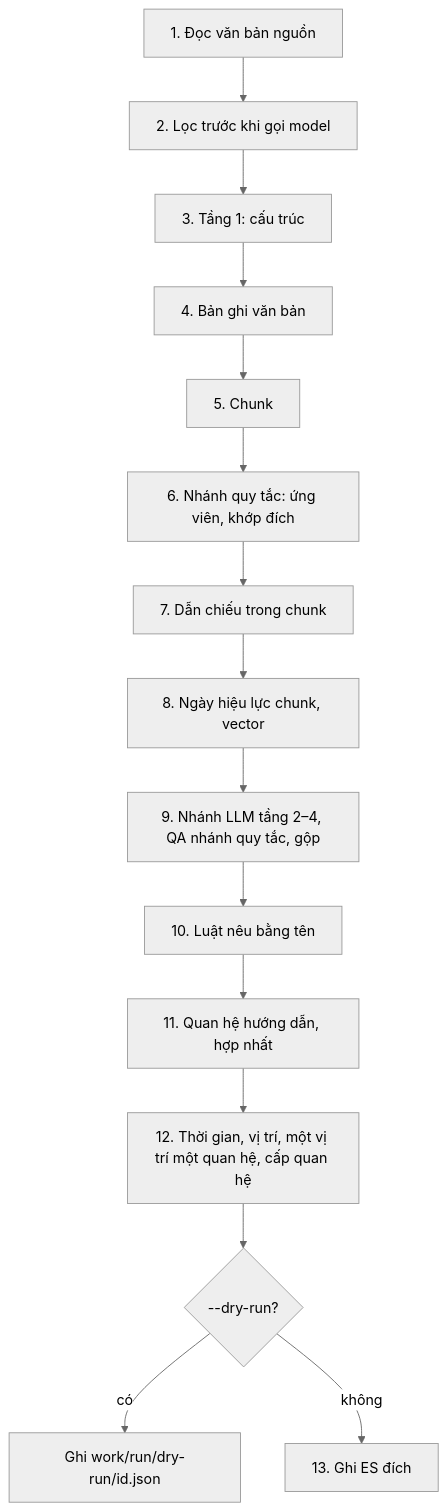
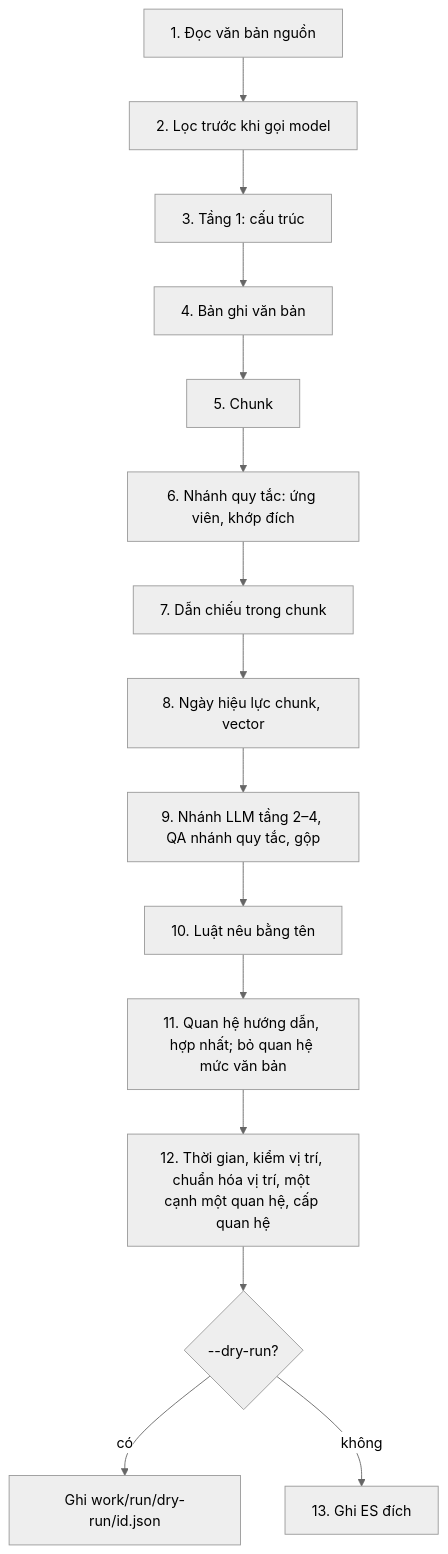
The third of 3 diagrams in docs/02-luong-hoat-dong.md (Vuminhnhat11224897/data_conversion), drawn with Mermaid (neutral theme) before and after one commit. The commit also changed other lines of this file and 16 other files, not shown here.

````diff
--- a/docs/02-luong-hoat-dong.md
+++ b/docs/02-luong-hoat-dong.md
@@ -197,17 +227,17 @@
 ```mermaid
 flowchart TD
   S1["1. Đọc văn bản nguồn"] --> S2["2. Lọc trước khi gọi model"]
   S2 --> S3["3. Tầng 1: cấu trúc"]
   S3 --> S4["4. Bản ghi văn bản"]
   S4 --> S5["5. Chunk"]
   S5 --> S6["6. Nhánh quy tắc: ứng viên, khớp đích"]
   S6 --> S7["7. Dẫn chiếu trong chunk"]
   S7 --> S8["8. Ngày hiệu lực chunk, vector"]
   S8 --> S9["9. Nhánh LLM tầng 2–4, QA nhánh quy tắc, gộp"]
   S9 --> S10["10. Luật nêu bằng tên"]
-  S10 --> S11["11. Quan hệ hướng dẫn, hợp nhất"]
-  S11 --> S12["12. Thời gian, vị trí, một vị trí một quan hệ, cấp quan hệ"]
+  S10 --> S11["11. Quan hệ hướng dẫn, hợp nhất; bỏ quan hệ mức văn bản"]
+  S11 --> S12["12. Thời gian, kiểm vị trí, chuẩn hóa vị trí, một cạnh một quan hệ, cấp quan hệ"]
   S12 --> S13{"--dry-run?"}
   S13 -- có --> J["Ghi work/run/dry-run/id.json"]
   S13 -- không --> W["13. Ghi ES đích"]
 ```
````
